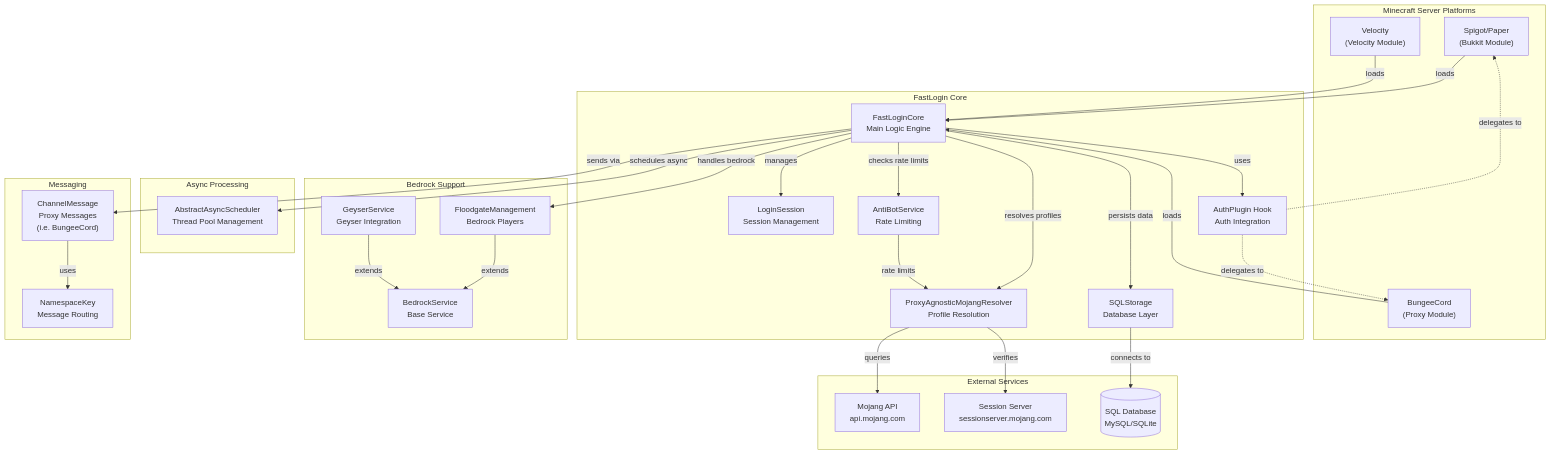
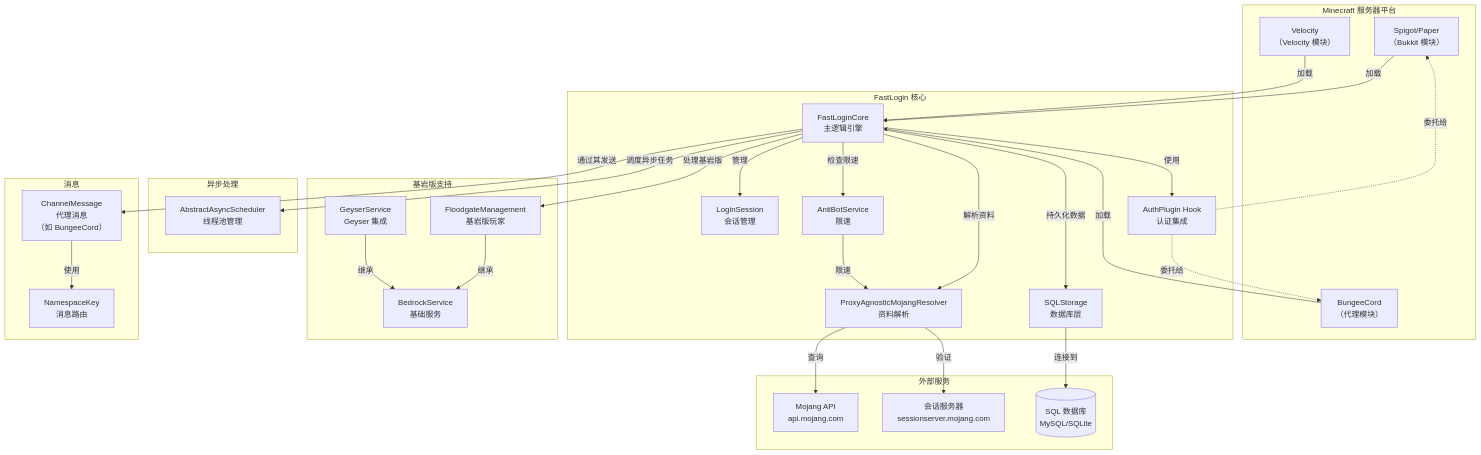
One commit to Chenyu550/FastLogin changed the diagram in CONTRIBUTING.md. Above: the diagram before and after it, drawn with Mermaid. The commit also changed other lines of this file and 13 other files, not shown here.

````diff
--- a/CONTRIBUTING.md
+++ b/CONTRIBUTING.md
@@ -5,67 +5,67 @@
 ```mermaid
 graph TB
-    subgraph "Minecraft Server Platforms"
-        SPIGOT["Spigot/Paper<br/>(Bukkit Module)"]
-        BUNGEE["BungeeCord<br/>(Proxy Module)"]
-        VELOCITY["Velocity<br/>(Velocity Module)"]
+    subgraph "Minecraft 服务器平台"
+        SPIGOT["Spigot/Paper<br/>（Bukkit 模块）"]
+        BUNGEE["BungeeCord<br/>（代理模块）"]
+        VELOCITY["Velocity<br/>（Velocity 模块）"]
     end
 
-    subgraph "FastLogin Core"
-        CORE["FastLoginCore<br/>Main Logic Engine"]
-        SESSION["LoginSession<br/>Session Management"]
-        AUTH["AuthPlugin Hook<br/>Auth Integration"]
-        RESOLVER["ProxyAgnosticMojangResolver<br/>Profile Resolution"]
-        STORAGE["SQLStorage<br/>Database Layer"]
-        ANTIBOT["AntiBotService<br/>Rate Limiting"]
+    subgraph "FastLogin 核心"
+        CORE["FastLoginCore<br/>主逻辑引擎"]
+        SESSION["LoginSession<br/>会话管理"]
+        AUTH["AuthPlugin Hook<br/>认证集成"]
+        RESOLVER["ProxyAgnosticMojangResolver<br/>资料解析"]
+        STORAGE["SQLStorage<br/>数据库层"]
+        ANTIBOT["AntiBotService<br/>限速"]
     end
 
-    subgraph "Bedrock Support"
-        FLOODGATE["FloodgateManagement<br/>Bedrock Players"]
-        GEYSER["GeyserService<br/>Geyser Integration"]
-        BEDROCK["BedrockService<br/>Base Service"]
+    subgraph "基岩版支持"
+        FLOODGATE["FloodgateManagement<br/>基岩版玩家"]
+        GEYSER["GeyserService<br/>Geyser 集成"]
+        BEDROCK["BedrockService<br/>基础服务"]
     end
 
-    subgraph "External Services"
+    subgraph "外部服务"
         MOJANG["Mojang API<br/>api.mojang.com"]
-        SESSION_SERVER["Session Server<br/>sessionserver.mojang.com"]
-        DATABASE[(SQL Database<br/>MySQL/SQLite)]
+        SESSION_SERVER["会话服务器<br/>sessionserver.mojang.com"]
+        DATABASE[(SQL 数据库<br/>MySQL/SQLite)]
     end
 
-    subgraph "Async Processing"
-        SCHEDULER["AbstractAsyncScheduler<br/>Thread Pool Management"]
+    subgraph "异步处理"
+        SCHEDULER["AbstractAsyncScheduler<br/>线程池管理"]
     end
 
-    subgraph "Messaging"
-        MESSAGES["ChannelMessage<br/>Proxy Messages <br/>(i.e. BungeeCord)"]
-        NAMEKEY["NamespaceKey<br/>Message Routing"]
+    subgraph "消息"
+        MESSAGES["ChannelMessage<br/>代理消息<br/>（如 BungeeCord）"]
+        NAMEKEY["NamespaceKey<br/>消息路由"]
     end
 
-    SPIGOT -->|loads| CORE
-    BUNGEE -->|loads| CORE
-    VELOCITY -->|loads| CORE
+    SPIGOT -->|加载| CORE
+    BUNGEE -->|加载| CORE
+    VELOCITY -->|加载| CORE
 
-    CORE -->|manages| SESSION
-    CORE -->|uses| AUTH
-    CORE -->|resolves profiles| RESOLVER
-    CORE -->|persists data| STORAGE
-    CORE -->|checks rate limits| ANTIBOT
-    CORE -->|handles bedrock| FLOODGATE
+    CORE -->|管理| SESSION
+    CORE -->|使用| AUTH
+    CORE -->|解析资料| RESOLVER
+    CORE -->|持久化数据| STORAGE
+    CORE -->|检查限速| ANTIBOT
+    CORE -->|处理基岩版| FLOODGATE
 
-    FLOODGATE -->|extends| BEDROCK
-    GEYSER -->|extends| BEDROCK
+    FLOODGATE -->|继承| BEDROCK
+    GEYSER -->|继承| BEDROCK
 
-    RESOLVER -->|queries| MOJANG
-    RESOLVER -->|verifies| SESSION_SERVER
+    RESOLVER -->|查询| MOJANG
+    RESOLVER -->|验证| SESSION_SERVER
 
-    STORAGE -->|connects to| DATABASE
+    STORAGE -->|连接到| DATABASE
 
-    CORE -->|schedules async| SCHEDULER
+    CORE -->|调度异步任务| SCHEDULER
 
-    MESSAGES -->|uses| NAMEKEY
-    CORE -->|sends via| MESSAGES
+    MESSAGES -->|使用| NAMEKEY
+    CORE -->|通过其发送| MESSAGES
 
-    AUTH -.->|delegates to| SPIGOT
-    AUTH -.->|delegates to| BUNGEE
+    AUTH -.->|委托给| SPIGOT
+    AUTH -.->|委托给| BUNGEE
 
-    ANTIBOT -->|rate limits| RESOLVER
+    ANTIBOT -->|限速| RESOLVER
 ```
````
